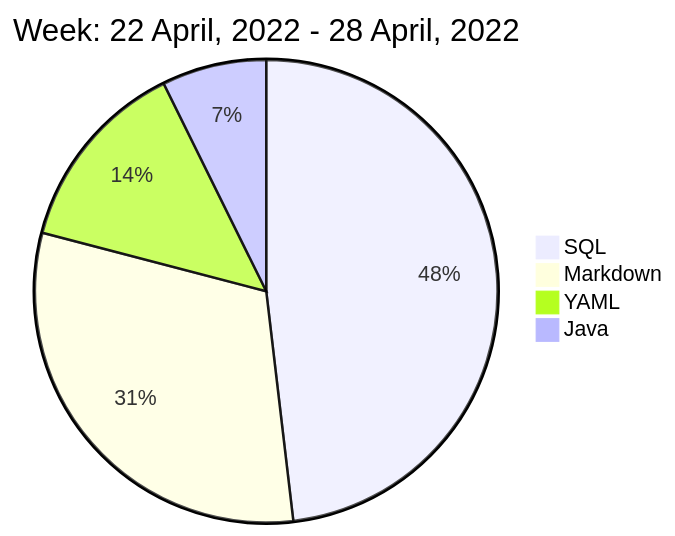
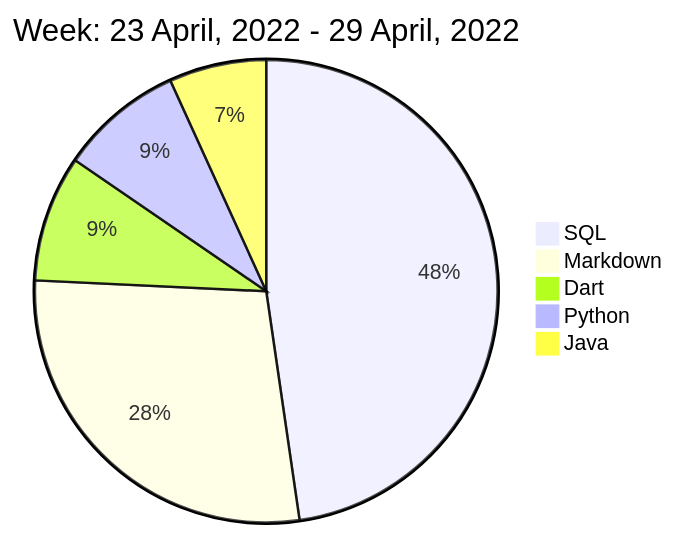
One commit to liubin95/liubin95 changed the diagram in README.md. Above: the diagram before and after it, drawn with Mermaid.

Commit message:
Updated the Graph with new Metrics

````diff
--- a/README.md
+++ b/README.md
@@ -40,8 +40,9 @@
 ```mermaid
  pie
-title Week: 22 April, 2022 - 28 April, 2022
- "SQL" : 8.37
- "Markdown" : 5.38
- "YAML" : 2.37
- "Java" : 1.27
+title Week: 23 April, 2022 - 29 April, 2022
+ "SQL" : 8.28
+ "Markdown" : 4.87
+ "Dart" : 1.53
+ "Python" : 1.5
+ "Java" : 1.18
 ```
````
